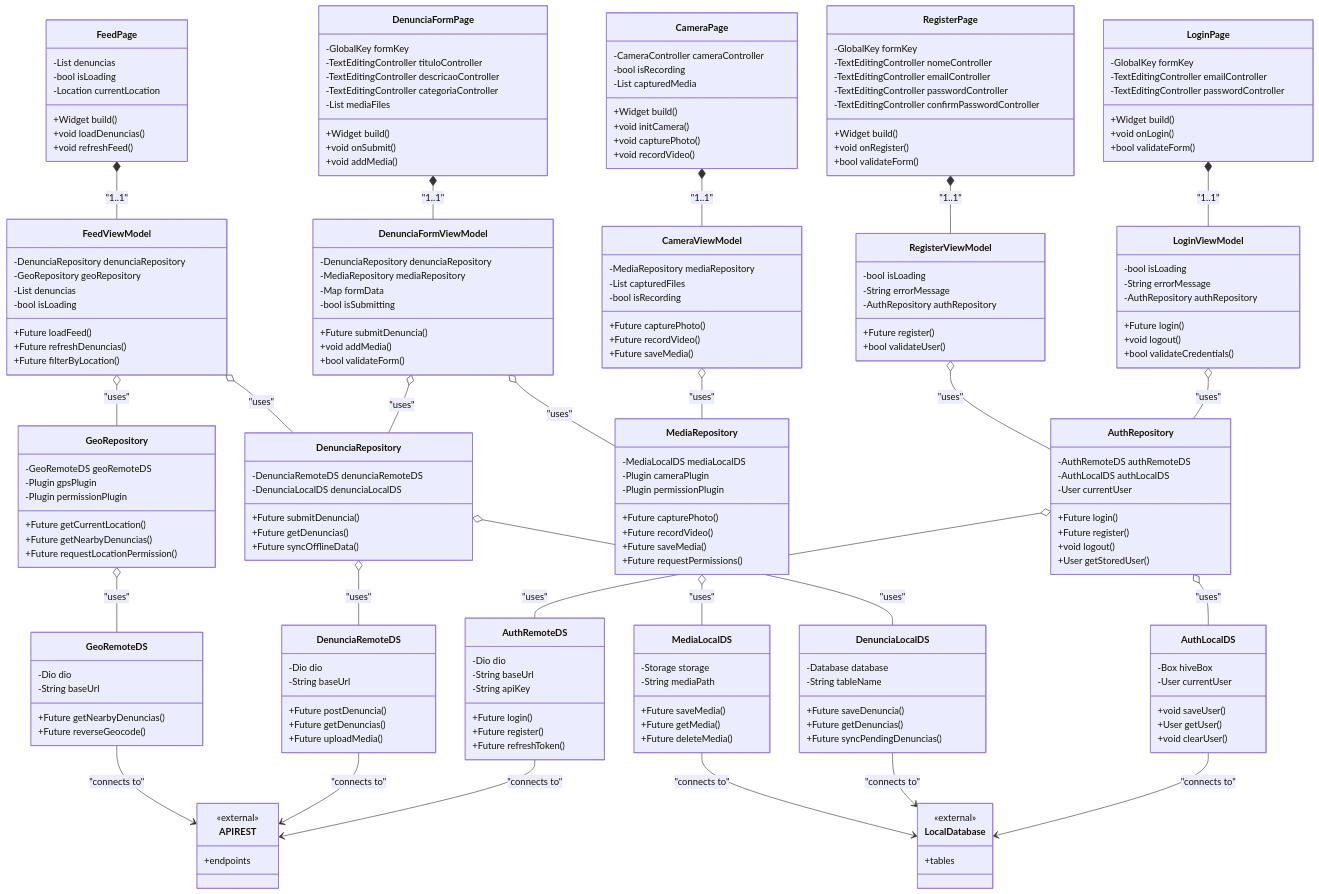
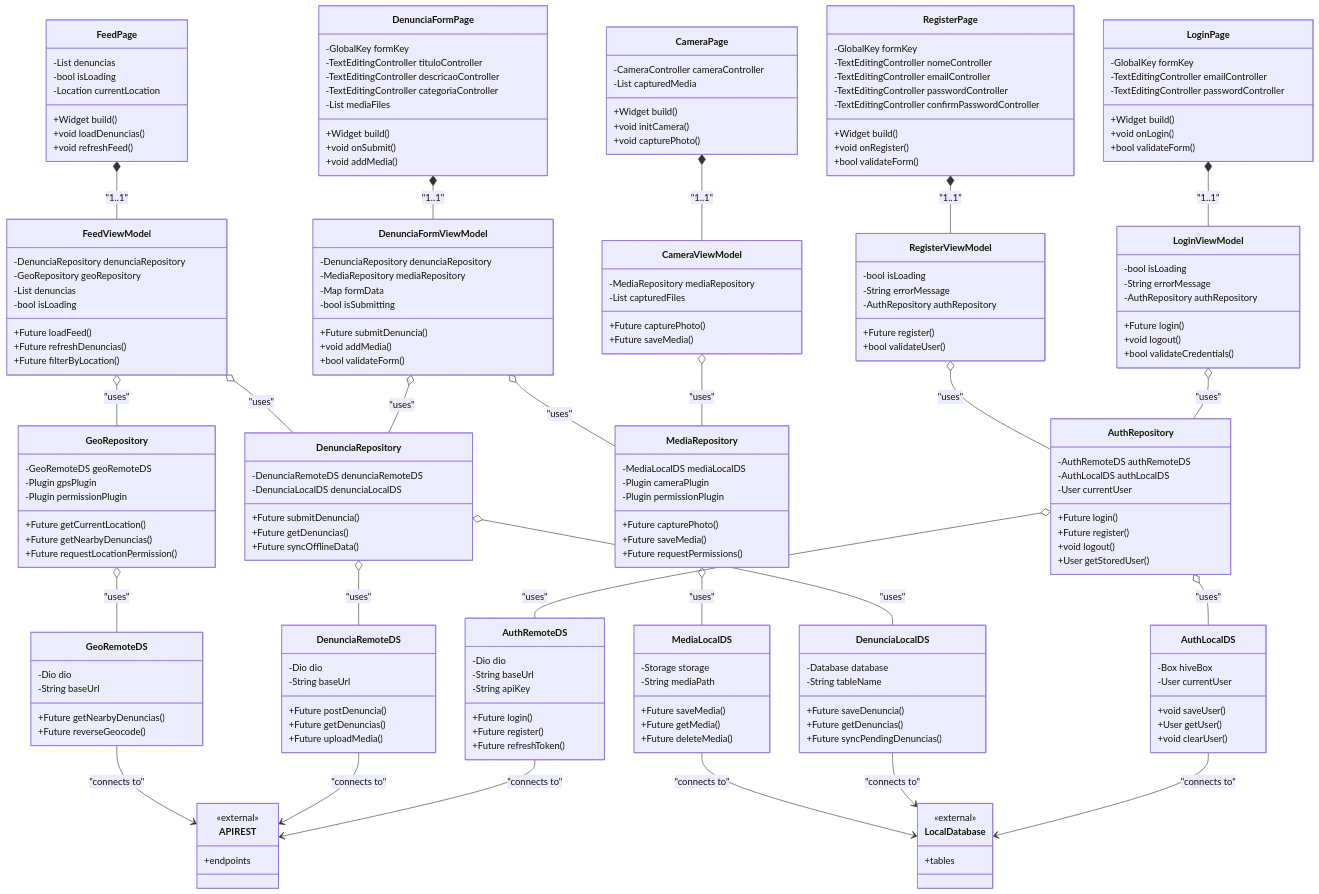
Before and after one commit to Verissimo-Casas/LUIS-ESPALHA-LIXO: the diagram in Documentos/TP-PARTE-II/03_Representação_Arquitetural/04_Diagrama_Código(Estrutural).mmd, drawn with Mermaid.

````diff
--- a/Documentos/TP-PARTE-II/03_Representação_Arquitetural/04_Diagrama_Código(Estrutural).mmd
+++ b/Documentos/TP-PARTE-II/03_Representação_Arquitetural/04_Diagrama_Código(Estrutural).mmd
@@ -1,229 +1,229 @@
-classDiagram
-    %% VIEWS (Flutter Widgets)
-    class LoginPage {
-        -GlobalKey formKey
-        -TextEditingController emailController
-        -TextEditingController passwordController
-        +Widget build()
-        +void onLogin()
-        +bool validateForm()
-    }
-    
-    class RegisterPage {
-        -GlobalKey formKey
-        -TextEditingController nomeController
-        -TextEditingController emailController
-        -TextEditingController passwordController
-        -TextEditingController confirmPasswordController
-        +Widget build()
-        +void onRegister()
-        +bool validateForm()
-    }
-    
-    class CameraPage {
-        -CameraController cameraController
-        -bool isRecording
-        -List capturedMedia
-        +Widget build()
-        +void initCamera()
-        +void capturePhoto()
-        +void recordVideo()
-    }
-    
-    class DenunciaFormPage {
-        -GlobalKey formKey
-        -TextEditingController tituloController
-        -TextEditingController descricaoController
-        -TextEditingController categoriaController
-        -List mediaFiles
-        +Widget build()
-        +void onSubmit()
-        +void addMedia()
-    }
-    
-    class FeedPage {
-        -List denuncias
-        -bool isLoading
-        -Location currentLocation
-        +Widget build()
-        +void loadDenuncias()
-        +void refreshFeed()
-    }
-    
-    %% VIEWMODELS (Provider/Riverpod)
-    class LoginViewModel {
-        -bool isLoading
-        -String errorMessage
-        -AuthRepository authRepository
-        +Future login()
-        +void logout()
-        +bool validateCredentials()
-    }
-    
-    class RegisterViewModel {
-        -bool isLoading
-        -String errorMessage
-        -AuthRepository authRepository
-        +Future register()
-        +bool validateUser()
-    }
-    
-    class CameraViewModel {
-        -MediaRepository mediaRepository
-        -List capturedFiles
-        -bool isRecording
-        +Future capturePhoto()
-        +Future recordVideo()
-        +Future saveMedia()
-    }
-    
-    class DenunciaFormViewModel {
-        -DenunciaRepository denunciaRepository
-        -MediaRepository mediaRepository
-        -Map formData
-        -bool isSubmitting
-        +Future submitDenuncia()
-        +void addMedia()
-        +bool validateForm()
-    }
-    
-    class FeedViewModel {
-        -DenunciaRepository denunciaRepository
-        -GeoRepository geoRepository
-        -List denuncias
-        -bool isLoading
-        +Future loadFeed()
-        +Future refreshDenuncias()
-        +Future filterByLocation()
-    }
-    
-    %% REPOSITORIES
-    class AuthRepository {
-        -AuthRemoteDS authRemoteDS
-        -AuthLocalDS authLocalDS
-        -User currentUser
-        +Future login()
-        +Future register()
-        +void logout()
-        +User getStoredUser()
-    }
-    
-    class DenunciaRepository {
-        -DenunciaRemoteDS denunciaRemoteDS
-        -DenunciaLocalDS denunciaLocalDS
-        +Future submitDenuncia()
-        +Future getDenuncias()
-        +Future syncOfflineData()
-    }
-    
-    class MediaRepository {
-        -MediaLocalDS mediaLocalDS
-        -Plugin cameraPlugin
-        -Plugin permissionPlugin
-        +Future capturePhoto()
-        +Future recordVideo()
-        +Future saveMedia()
-        +Future requestPermissions()
-    }
-    
-    class GeoRepository {
-        -GeoRemoteDS geoRemoteDS
-        -Plugin gpsPlugin
-        -Plugin permissionPlugin
-        +Future getCurrentLocation()
-        +Future getNearbyDenuncias()
-        +Future requestLocationPermission()
-    }
-    
-    %% DATA SOURCES REMOTE
-    class AuthRemoteDS {
-        -Dio dio
-        -String baseUrl
-        -String apiKey
-        +Future login()
-        +Future register()
-        +Future refreshToken()
-    }
-    
-    class DenunciaRemoteDS {
-        -Dio dio
-        -String baseUrl
-        +Future postDenuncia()
-        +Future getDenuncias()
-        +Future uploadMedia()
-    }
-    
-    class GeoRemoteDS {
-        -Dio dio
-        -String baseUrl
-        +Future getNearbyDenuncias()
-        +Future reverseGeocode()
-    }
-    
-    %% DATA SOURCES LOCAL
-    class AuthLocalDS {
-        -Box hiveBox
-        -User currentUser
-        +void saveUser()
-        +User getUser()
-        +void clearUser()
-    }
-    
-    class DenunciaLocalDS {
-        -Database database
-        -String tableName
-        +Future saveDenuncia()
-        +Future getDenuncias()
-        +Future syncPendingDenuncias()
-    }
-    
-    class MediaLocalDS {
-        -Storage storage
-        -String mediaPath
-        +Future saveMedia()
-        +Future getMedia()
-        +Future deleteMedia()
-    }
-    
-    %% EXTERNAL CLASSES
-    class APIREST {
-        <<external>>
-        +endpoints
-    }
-    
-    class LocalDatabase {
-        <<external>>
-        +tables
-    }
-    
-    %% RELATIONSHIPS - VIEWS -> VIEWMODELS (Composition)
-    LoginPage *-- LoginViewModel : "1..1"
-    RegisterPage *-- RegisterViewModel : "1..1"
-    CameraPage *-- CameraViewModel : "1..1"
-    DenunciaFormPage *-- DenunciaFormViewModel : "1..1"
-    FeedPage *-- FeedViewModel : "1..1"
-    
-    %% RELATIONSHIPS - VIEWMODELS -> REPOSITORIES (Dependency/Aggregation)
-    LoginViewModel o-- AuthRepository : "uses"
-    RegisterViewModel o-- AuthRepository : "uses"
-    CameraViewModel o-- MediaRepository : "uses"
-    DenunciaFormViewModel o-- DenunciaRepository : "uses"
-    DenunciaFormViewModel o-- MediaRepository : "uses"
-    FeedViewModel o-- DenunciaRepository : "uses"
-    FeedViewModel o-- GeoRepository : "uses"
-    
-    %% RELATIONSHIPS - REPOSITORIES -> DATA SOURCES (Dependency/Aggregation)
-    AuthRepository o-- AuthRemoteDS : "uses"
-    AuthRepository o-- AuthLocalDS : "uses"
-    DenunciaRepository o-- DenunciaRemoteDS : "uses"
-    DenunciaRepository o-- DenunciaLocalDS : "uses"
-    MediaRepository o-- MediaLocalDS : "uses"
-    GeoRepository o-- GeoRemoteDS : "uses"
-    
-    %% RELATIONSHIPS - DATA SOURCES -> EXTERNAL
-    AuthRemoteDS --> APIREST : "connects to"
-    DenunciaRemoteDS --> APIREST : "connects to"
-    GeoRemoteDS --> APIREST : "connects to"
-    AuthLocalDS --> LocalDatabase : "connects to"
-    DenunciaLocalDS --> LocalDatabase : "connects to"
-    MediaLocalDS --> LocalDatabase : "connects to"
+```mermaid
+
+    classDiagram
+        %% VIEWS (Flutter Widgets)
+        class LoginPage {
+            -GlobalKey formKey
+            -TextEditingController emailController
+            -TextEditingController passwordController
+            +Widget build()
+            +void onLogin()
+            +bool validateForm()
+        }
+        
+        class RegisterPage {
+            -GlobalKey formKey
+            -TextEditingController nomeController
+            -TextEditingController emailController
+            -TextEditingController passwordController
+            -TextEditingController confirmPasswordController
+            +Widget build()
+            +void onRegister()
+            +bool validateForm()
+        }
+        
+        class CameraPage {
+            -CameraController cameraController
+            -List capturedMedia
+            +Widget build()
+            +void initCamera()
+            +void capturePhoto()
+        }
+        
+        class DenunciaFormPage {
+            -GlobalKey formKey
+            -TextEditingController tituloController
+            -TextEditingController descricaoController
+            -TextEditingController categoriaController
+            -List mediaFiles
+            +Widget build()
+            +void onSubmit()
+            +void addMedia()
+        }
+        
+        class FeedPage {
+            -List denuncias
+            -bool isLoading
+            -Location currentLocation
+            +Widget build()
+            +void loadDenuncias()
+            +void refreshFeed()
+        }
+        
+        %% VIEWMODELS (Provider/Riverpod)
+        class LoginViewModel {
+            -bool isLoading
+            -String errorMessage
+            -AuthRepository authRepository
+            +Future login()
+            +void logout()
+            +bool validateCredentials()
+        }
+        
+        class RegisterViewModel {
+            -bool isLoading
+            -String errorMessage
+            -AuthRepository authRepository
+            +Future register()
+            +bool validateUser()
+        }
+        
+        class CameraViewModel {
+            -MediaRepository mediaRepository
+            -List capturedFiles
+            +Future capturePhoto()
+            +Future saveMedia()
+        }
+        
+        class DenunciaFormViewModel {
+            -DenunciaRepository denunciaRepository
+            -MediaRepository mediaRepository
+            -Map formData
+            -bool isSubmitting
+            +Future submitDenuncia()
+            +void addMedia()
+            +bool validateForm()
+        }
+        
+        class FeedViewModel {
+            -DenunciaRepository denunciaRepository
+            -GeoRepository geoRepository
+            -List denuncias
+            -bool isLoading
+            +Future loadFeed()
+            +Future refreshDenuncias()
+            +Future filterByLocation()
+        }
+        
+        %% REPOSITORIES
+        class AuthRepository {
+            -AuthRemoteDS authRemoteDS
+            -AuthLocalDS authLocalDS
+            -User currentUser
+            +Future login()
+            +Future register()
+            +void logout()
+            +User getStoredUser()
+        }
+        
+        class DenunciaRepository {
+            -DenunciaRemoteDS denunciaRemoteDS
+            -DenunciaLocalDS denunciaLocalDS
+            +Future submitDenuncia()
+            +Future getDenuncias()
+            +Future syncOfflineData()
+        }
+        
+        class MediaRepository {
+            -MediaLocalDS mediaLocalDS
+            -Plugin cameraPlugin
+            -Plugin permissionPlugin
+            +Future capturePhoto()
+            +Future saveMedia()
+            +Future requestPermissions()
+        }
+        
+        class GeoRepository {
+            -GeoRemoteDS geoRemoteDS
+            -Plugin gpsPlugin
+            -Plugin permissionPlugin
+            +Future getCurrentLocation()
+            +Future getNearbyDenuncias()
+            +Future requestLocationPermission()
+        }
+        
+        %% DATA SOURCES REMOTE
+        class AuthRemoteDS {
+            -Dio dio
+            -String baseUrl
+            -String apiKey
+            +Future login()
+            +Future register()
+            +Future refreshToken()
+        }
+        
+        class DenunciaRemoteDS {
+            -Dio dio
+            -String baseUrl
+            +Future postDenuncia()
+            +Future getDenuncias()
+            +Future uploadMedia()
+        }
+        
+        class GeoRemoteDS {
+            -Dio dio
+            -String baseUrl
+            +Future getNearbyDenuncias()
+            +Future reverseGeocode()
+        }
+        
+        %% DATA SOURCES LOCAL
+        class AuthLocalDS {
+            -Box hiveBox
+            -User currentUser
+            +void saveUser()
+            +User getUser()
+            +void clearUser()
+        }
+        
+        class DenunciaLocalDS {
+            -Database database
+            -String tableName
+            +Future saveDenuncia()
+            +Future getDenuncias()
+            +Future syncPendingDenuncias()
+        }
+        
+        class MediaLocalDS {
+            -Storage storage
+            -String mediaPath
+            +Future saveMedia()
+            +Future getMedia()
+            +Future deleteMedia()
+        }
+        
+        %% EXTERNAL CLASSES
+        class APIREST {
+            <<external>>
+            +endpoints
+        }
+        
+        class LocalDatabase {
+            <<external>>
+            +tables
+        }
+        
+        %% RELATIONSHIPS - VIEWS -> VIEWMODELS (Composition)
+        LoginPage *-- LoginViewModel : "1..1"
+        RegisterPage *-- RegisterViewModel : "1..1"
+        CameraPage *-- CameraViewModel : "1..1"
+        DenunciaFormPage *-- DenunciaFormViewModel : "1..1"
+        FeedPage *-- FeedViewModel : "1..1"
+        
+        %% RELATIONSHIPS - VIEWMODELS -> REPOSITORIES (Dependency/Aggregation)
+        LoginViewModel o-- AuthRepository : "uses"
+        RegisterViewModel o-- AuthRepository : "uses"
+        CameraViewModel o-- MediaRepository : "uses"
+        DenunciaFormViewModel o-- DenunciaRepository : "uses"
+        DenunciaFormViewModel o-- MediaRepository : "uses"
+        FeedViewModel o-- DenunciaRepository : "uses"
+        FeedViewModel o-- GeoRepository : "uses"
+        
+        %% RELATIONSHIPS - REPOSITORIES -> DATA SOURCES (Dependency/Aggregation)
+        AuthRepository o-- AuthRemoteDS : "uses"
+        AuthRepository o-- AuthLocalDS : "uses"
+        DenunciaRepository o-- DenunciaRemoteDS : "uses"
+        DenunciaRepository o-- DenunciaLocalDS : "uses"
+        MediaRepository o-- MediaLocalDS : "uses"
+        GeoRepository o-- GeoRemoteDS : "uses"
+        
+        %% RELATIONSHIPS - DATA SOURCES -> EXTERNAL
+        AuthRemoteDS --> APIREST : "connects to"
+        DenunciaRemoteDS --> APIREST : "connects to"
+        GeoRemoteDS --> APIREST : "connects to"
+        AuthLocalDS --> LocalDatabase : "connects to"
+        DenunciaLocalDS --> LocalDatabase : "connects to"
+        MediaLocalDS --> LocalDatabase : "connects to"
+
+
+```
````
